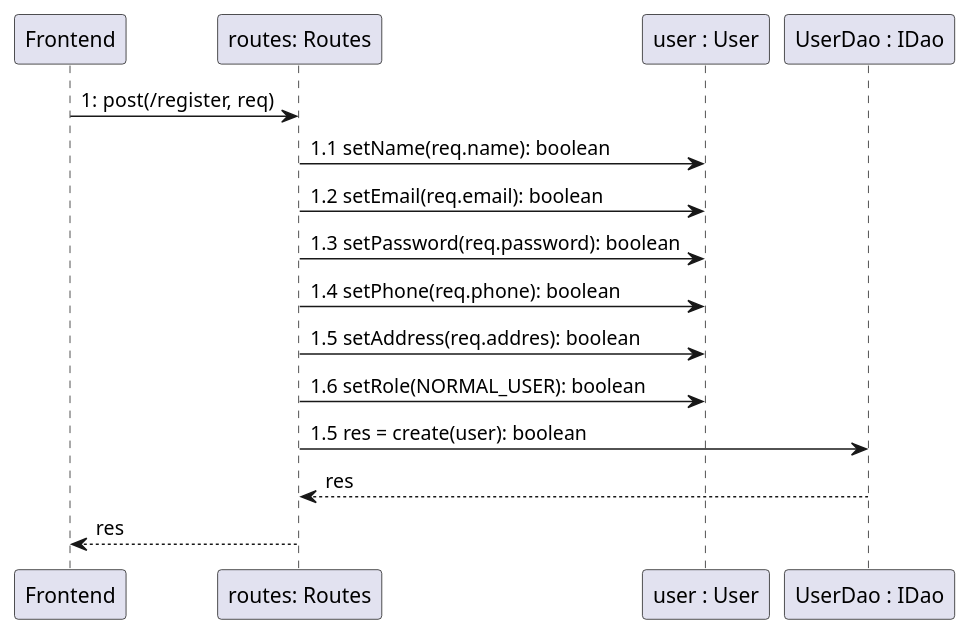
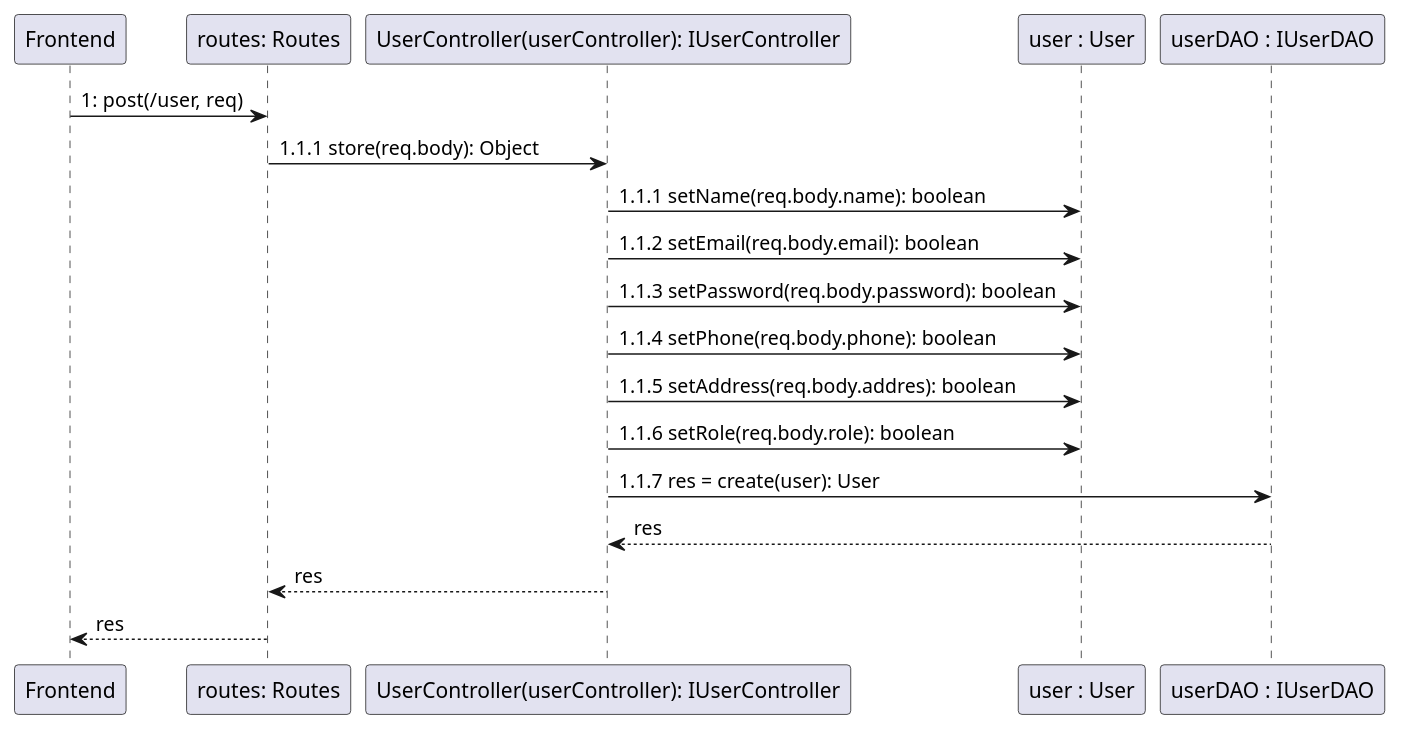
The diagram in project/Diagramas de Seq/user/register.plantuml (GustavoCunhaLacerda/projeto-es2), drawn with PlantUML before and after one commit. The commit also changed 1856 other files, not shown here.

```diff
--- a/project/Diagramas de Seq/user/register.plantuml
+++ b/project/Diagramas de Seq/user/register.plantuml
@@ -1,22 +1,25 @@
 @startuml es2
 skinparam class {
     BackgroundColor Snow
     BorderColor Black
 }
 
-Frontend -> "routes: Routes" : 1: post(/register, req)
+Frontend -> "routes: Routes" : 1: post(/user, req)
 
-"routes: Routes" -> "user : User" : 1.1 setName(req.name): boolean
-"routes: Routes" -> "user : User" : 1.2 setEmail(req.email): boolean
-"routes: Routes" -> "user : User" : 1.3 setPassword(req.password): boolean
-"routes: Routes" -> "user : User" : 1.4 setPhone(req.phone): boolean
-"routes: Routes" -> "user : User" : 1.5 setAddress(req.addres): boolean
-"routes: Routes" -> "user : User" : 1.6 setRole(NORMAL_USER): boolean
+"routes: Routes" -> "UserController(userController): IUserController" : 1.1.1 store(req.body): Object
+"UserController(userController): IUserController" -> "user : User" : 1.1.1 setName(req.body.name): boolean
+"UserController(userController): IUserController" -> "user : User" : 1.1.2 setEmail(req.body.email): boolean
+"UserController(userController): IUserController" -> "user : User" : 1.1.3 setPassword(req.body.password): boolean
+"UserController(userController): IUserController" -> "user : User" : 1.1.4 setPhone(req.body.phone): boolean
+"UserController(userController): IUserController" -> "user : User" : 1.1.5 setAddress(req.body.addres): boolean
+"UserController(userController): IUserController" -> "user : User" : 1.1.6 setRole(req.body.role): boolean
 
-"routes: Routes" -> "UserDao : IDao" : 1.5 res = create(user): boolean
+"UserController(userController): IUserController" -> "userDAO : IUserDAO" : 1.1.7 res = create(user): User
+"UserController(userController): IUserController" <-- "userDAO : IUserDAO" : res
 
-"UserDao : IDao" --> "routes: Routes" : res
+"routes: Routes" <-- "UserController(userController): IUserController" : res
+
 
 "routes: Routes" --> Frontend : res
 
 @enduml
```
